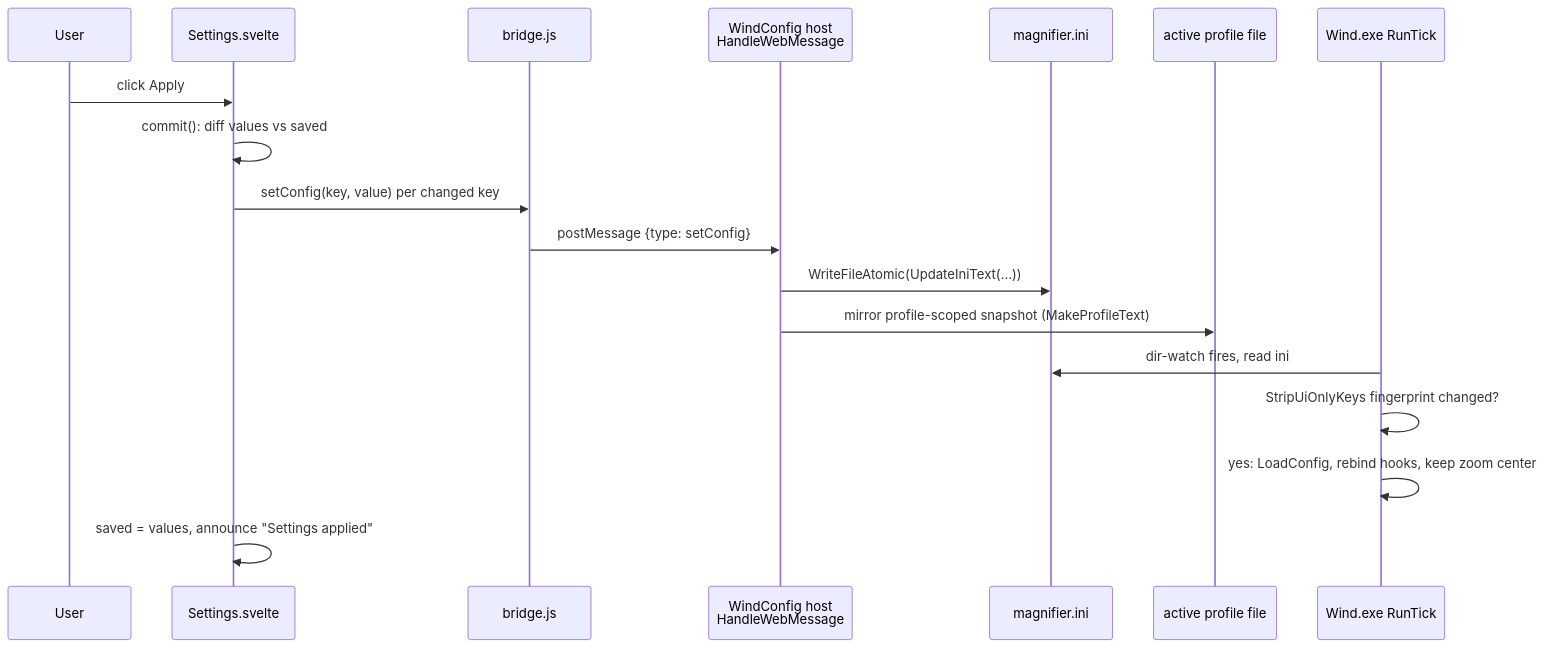
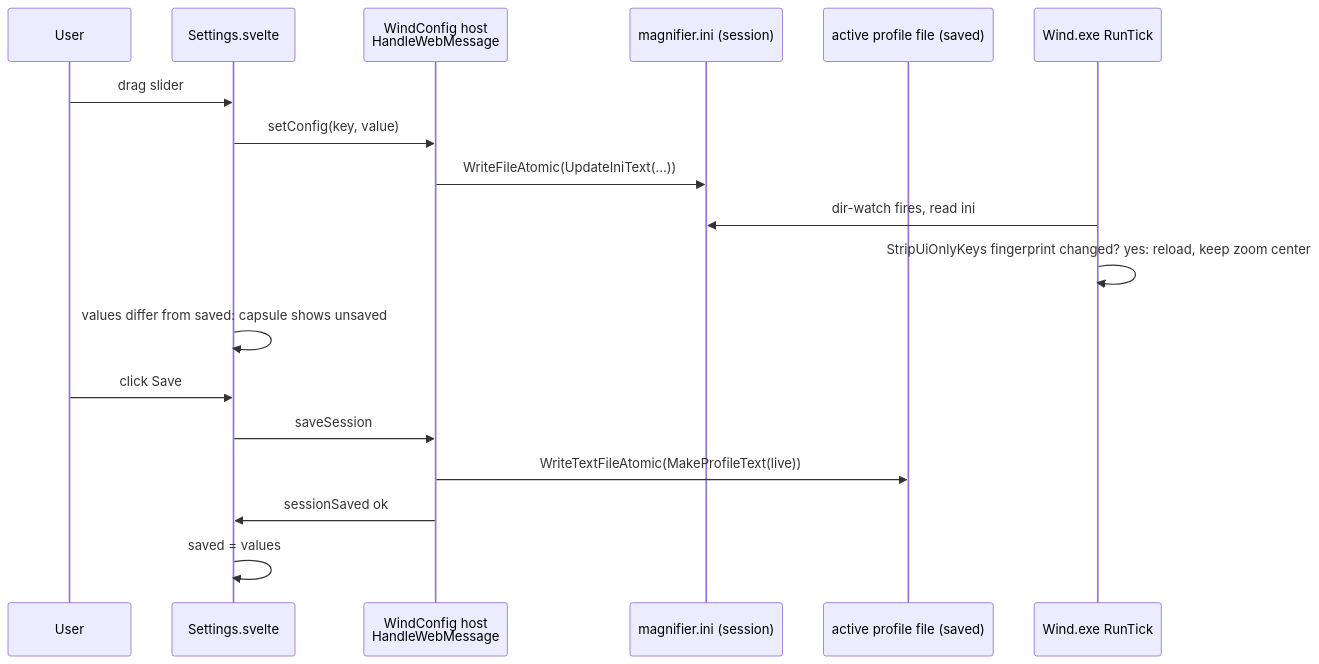
Before and after one commit to Maxaubert/Wind: the second of 2 diagrams in docs/architecture/09-settings-ui.md, drawn with Mermaid. The commit also changed other lines of this file and 76 other files, not shown here.

First line of the commit message:
feat(ui): settings redesign with session model (#303) (#312)

````diff
--- a/docs/architecture/09-settings-ui.md
+++ b/docs/architecture/09-settings-ui.md
@@ -233,20 +260,20 @@
 ```mermaid
 sequenceDiagram
   participant U as User
   participant S as Settings.svelte
-  participant B as bridge.js
   participant H as WindConfig host<br/>HandleWebMessage
-  participant I as magnifier.ini
-  participant P as active profile file
+  participant I as magnifier.ini (session)
+  participant P as active profile file (saved)
   participant W as Wind.exe RunTick
-  U->>S: click Apply
-  S->>S: commit(): diff values vs saved
-  S->>B: setConfig(key, value) per changed key
-  B->>H: postMessage {type: setConfig}
+  U->>S: drag slider
+  S->>H: setConfig(key, value)
   H->>I: WriteFileAtomic(UpdateIniText(...))
-  H->>P: mirror profile-scoped snapshot (MakeProfileText)
   W->>I: dir-watch fires, read ini
-  W->>W: StripUiOnlyKeys fingerprint changed?
-  W->>W: yes: LoadConfig, rebind hooks, keep zoom center
-  S->>S: saved = values, announce "Settings applied"
+  W->>W: StripUiOnlyKeys fingerprint changed? yes: reload, keep zoom center
+  S->>S: values differ from saved: capsule shows unsaved
+  U->>S: click Save
+  S->>H: saveSession
+  H->>P: WriteTextFileAtomic(MakeProfileText(live))
+  H->>S: sessionSaved ok
+  S->>S: saved = values
 ```
````
